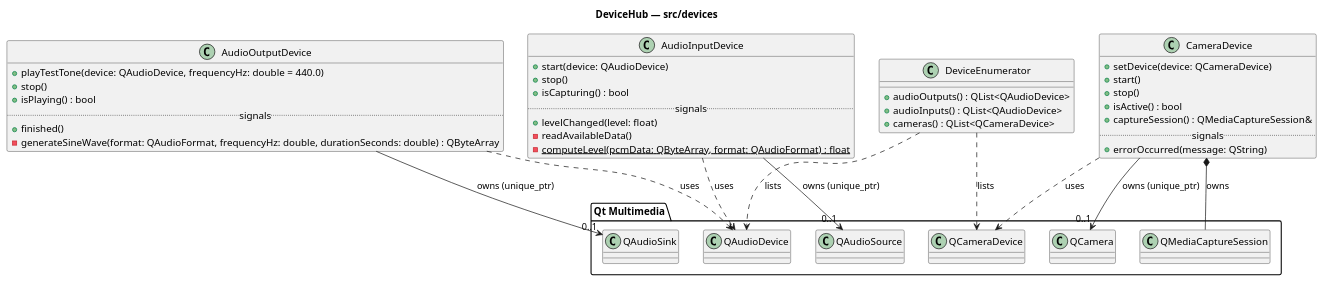
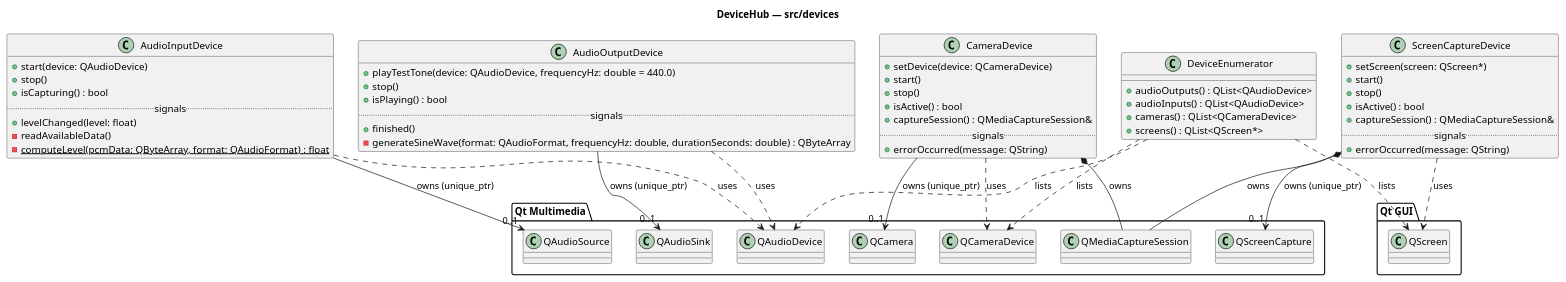
The diagram in docs/diagrams/devices.puml (NekrasovIS/Exp), drawn with PlantUML before and after one commit. The commit also changed 10 other files, not shown here.

First line of the commit message:
[1] Implement screen capture feature

```diff
--- a/docs/diagrams/devices.puml
+++ b/docs/diagrams/devices.puml
@@ -1,57 +1,77 @@
 @startuml devices
 title DeviceHub — src/devices
 
 package "Qt Multimedia" {
   class QAudioDevice
   class QCameraDevice
   class QAudioSink
   class QAudioSource
   class QCamera
+  class QScreenCapture
   class QMediaCaptureSession
+}
+
+package "Qt GUI" {
+  class QScreen
 }
 
 class DeviceEnumerator {
   +audioOutputs() : QList<QAudioDevice>
   +audioInputs() : QList<QAudioDevice>
   +cameras() : QList<QCameraDevice>
+  +screens() : QList<QScreen*>
 }
 DeviceEnumerator ..> QAudioDevice : lists
 DeviceEnumerator ..> QCameraDevice : lists
+DeviceEnumerator ..> QScreen : lists
 
 class AudioOutputDevice {
   +playTestTone(device: QAudioDevice, frequencyHz: double = 440.0)
   +stop()
   +isPlaying() : bool
   .. signals ..
   +finished()
   -generateSineWave(format: QAudioFormat, frequencyHz: double, durationSeconds: double) : QByteArray
 }
 AudioOutputDevice --> "0..1" QAudioSink : owns (unique_ptr)
 AudioOutputDevice ..> QAudioDevice : uses
 
 class AudioInputDevice {
   +start(device: QAudioDevice)
   +stop()
   +isCapturing() : bool
   .. signals ..
   +levelChanged(level: float)
   -readAvailableData()
   -{static} computeLevel(pcmData: QByteArray, format: QAudioFormat) : float
 }
 AudioInputDevice --> "0..1" QAudioSource : owns (unique_ptr)
 AudioInputDevice ..> QAudioDevice : uses
 
 class CameraDevice {
   +setDevice(device: QCameraDevice)
   +start()
   +stop()
   +isActive() : bool
   +captureSession() : QMediaCaptureSession&
   .. signals ..
   +errorOccurred(message: QString)
 }
 CameraDevice --> "0..1" QCamera : owns (unique_ptr)
 CameraDevice *-- QMediaCaptureSession : owns
 CameraDevice ..> QCameraDevice : uses
 
+class ScreenCaptureDevice {
+  +setScreen(screen: QScreen*)
+  +start()
+  +stop()
+  +isActive() : bool
+  +captureSession() : QMediaCaptureSession&
+  .. signals ..
+  +errorOccurred(message: QString)
+}
+ScreenCaptureDevice --> "0..1" QScreenCapture : owns (unique_ptr)
+ScreenCaptureDevice *-- QMediaCaptureSession : owns
+ScreenCaptureDevice ..> QScreen : uses
+
 @enduml
```
